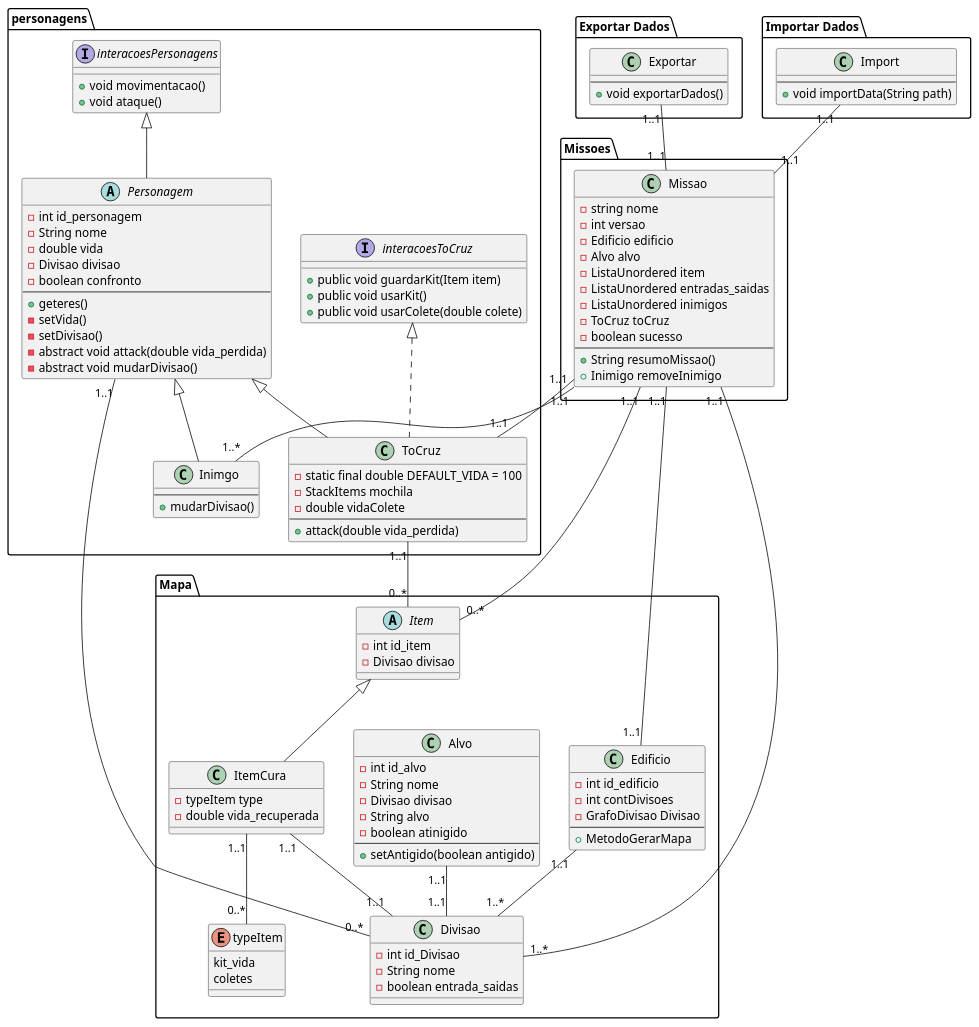
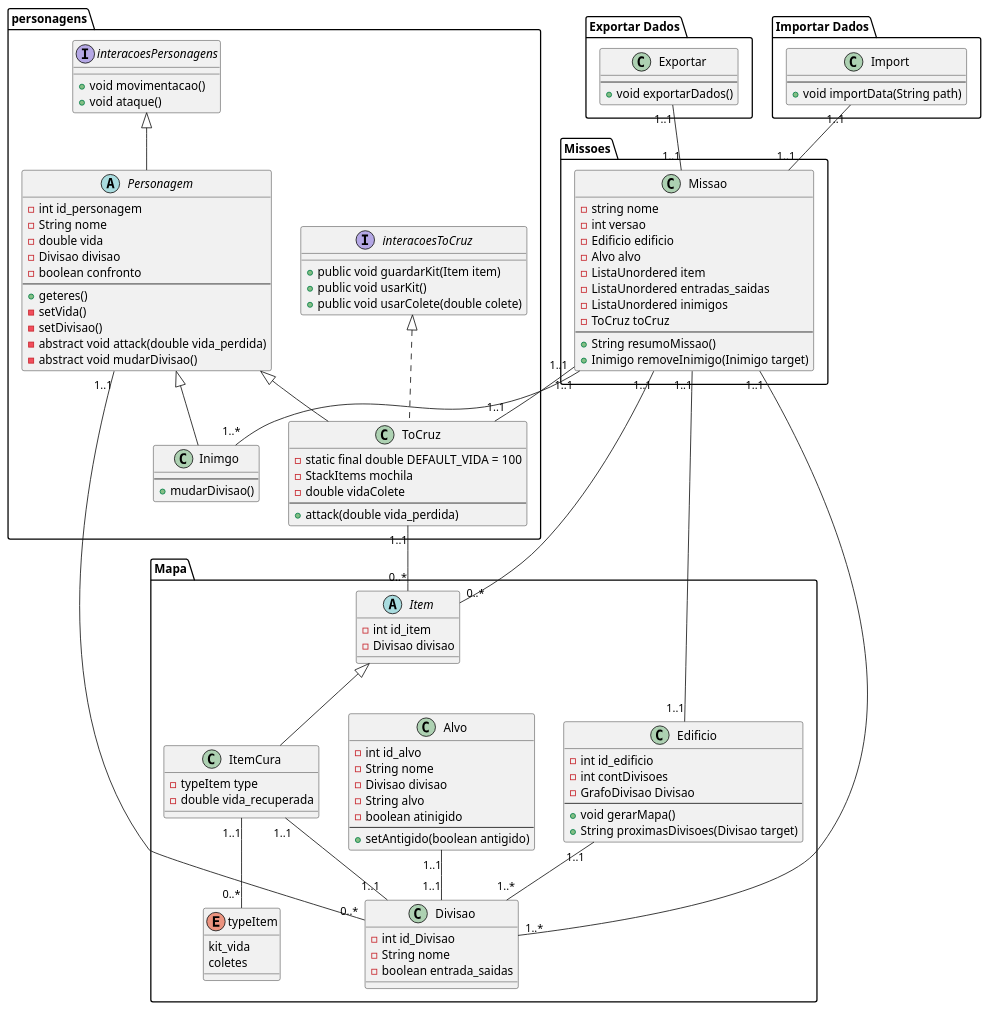
Before and after one commit to Arturito2005/TrabalhoGrupoED_ToCruz: the diagram in Digaramas/DiagramaClasses/DiagramaClasses.plantuml, drawn with PlantUML. The commit also changed 14 other files, not shown here.

```diff
--- a/Digaramas/DiagramaClasses/DiagramaClasses.plantuml
+++ b/Digaramas/DiagramaClasses/DiagramaClasses.plantuml
@@ -1,171 +1,181 @@
 @startuml DiagramaClassesToCruz
 
 package "Mapa" {
     /'
     Provavelmente é preciso remover este boolean
     '/
     class Divisao {
         - int id_Divisao
         - String nome
         - boolean entrada_saidas
     }
 
     /'
     As Divisao do edifio vão ser um grafo
     o grafo é construido quando e feita a importação dos dados
     '/
     class Edificio {
         - int id_edificio
         - int contDivisoes
         - GrafoDivisao Divisao
         --
-        + MetodoGerarMapa
+        + void gerarMapa()
+        + String proximasDivisoes(Divisao target)
     }
 
     Edificio "1..1" -- "1..*" Divisao
     /'
     Talvez meter o type como uma String se sim remover typeAlvo acima
     
     O boolean antigido representa se o objeto já foi coletado ou não pelo 
     ToCruz
     '/
     class Alvo {
         - int id_alvo
         - String nome
         - Divisao divisao
         - String alvo
         - boolean atinigido
         --
         + setAntigido(boolean antigido)
     }
 
     enum typeItem {
         kit_vida
         coletes
     }
 
     /'Se houver diferente entre o que cada item fornce,
     criar hierarquia'/
     abstract class Item {
         - int id_item
         - Divisao divisao
     }
 
     class ItemCura extends Item{
         - typeItem type
         - double vida_recuperada
     }
 
 
     Alvo "1..1" -- "1..1" Divisao
     ItemCura "1..1" -- "1..1" Divisao
     ItemCura "1..1" -- "0..*" typeItem
 }
 
 package "personagens" {
     
     /'Não daria para meter o To Cruz e o inimigo como uma enum,
     mas só fazer se nã achar mais campos para o inimigo e para o To Cruz'/
     interface interacoesPersonagens {
         + void movimentacao()
         + void ataque()
     }
     
     abstract class Personagem extends interacoesPersonagens {
         - int id_personagem
         - String nome
         - double vida
         - Divisao divisao
         - boolean confronto
         --
         + geteres()
         - setVida()
         - setDivisao()
         - abstract void attack(double vida_perdida)
         - abstract void mudarDivisao()
     }
 
     interface interacoesToCruz {
         + public void guardarKit(Item item)        
         + public void usarKit()
         + public void usarColete(double colete)
     }
 
     /'
     A Stack guarda apenas os kitVida
     A double vidaColete em principio não é necessário.
     O ToCruz não tem a variavel poder, porque ele vai dar sempre
     instaKill
     '/
     class ToCruz extends Personagem implements interacoesToCruz {
         - static final double DEFAULT_VIDA = 100
         - StackItems mochila
         - double vidaColete
         --
         + attack(double vida_perdida)
     }
 
     /'O mudarDivisao vai definir a nova divisao do 
     inimigo e depois chama o set para o mover'/
     class Inimgo extends Personagem {
         --
         + mudarDivisao()
     }
 
     Personagem "1..1" -- "0..*" Divisao
     ToCruz "1..1" -- "0..*" Item
 }
 
 package "Missoes" {
 
     /'
     O item é uma LinkedList ou um array
     As entras também podem ser LinkedList ou Stacks 
 
     Estes campos também podem ser Listas (que pode ser melhor)
 
     No construtor o ToCruz não é mandado no 
+
+    RemoverInimigo é dar setDead
+    
+    Mostrar no resumo
+    - Vida do ToCruz
+    - Items que utilizou
+    - Itens na mochila (se tiver)
+    - Percurso do ToCruz
+    - Total de kills
+    - Se a missão foi bem sucedida
     '/
     class Missao {
         - string nome
         - int versao
         - Edificio edificio
         - Alvo alvo
         - ListaUnordered item
         - ListaUnordered entradas_saidas
         - ListaUnordered inimigos
         - ToCruz toCruz
-        - boolean sucesso
         --
         + String resumoMissao()
-        + Inimigo removeInimigo
+        + Inimigo removeInimigo(Inimigo target)
     }
 
     Missao "1..1" -- "0..*" Item
     Missao "1..1" -- "1..1" Edificio
     Missao "1..1" -- "1..*" Divisao
     Missao "1..1" -- "1..*" Inimgo
     Missao "1..1" -- "1..1" ToCruz
 }
 
 package "Importar Dados" {
 
     class Import {
         --
         + void importData(String path)
     }
 
     Import "1..1" -- "1..1" Missao
 }
 
 package "Exportar Dados" {
 
     class Exportar {
         --
         + void exportarDados()
     }
 
     Exportar "1..1" -- "1..1" Missao
 }
 
 @enduml
```
